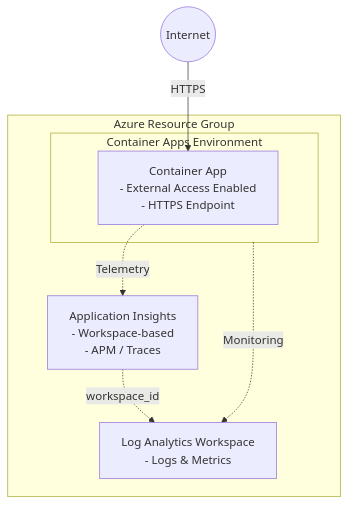
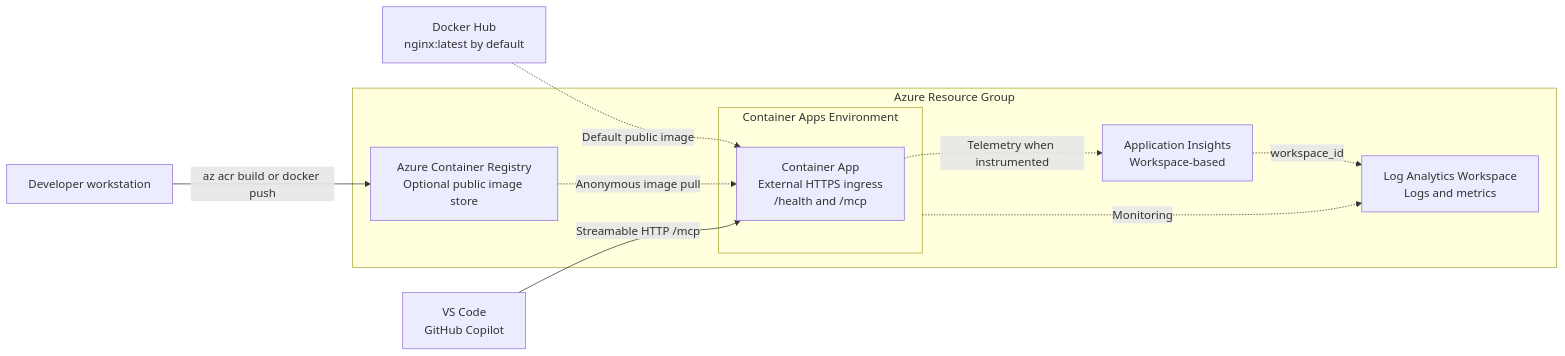
The diagram in infra/scenarios/azure_container_apps/README.md (ks6088ts/template-terraform), drawn with Mermaid before and after one commit. The commit also changed other lines of this file and 9 other files, not shown here.

First line of the commit message:
feat: Enhance Azure Container Apps scenario with public ACR support

````diff
--- a/infra/scenarios/azure_container_apps/README.md
+++ b/infra/scenarios/azure_container_apps/README.md
@@ -29,17 +45,23 @@
 ```mermaid
-flowchart TB
-    Internet((Internet))
+flowchart LR
+    Developer["Developer workstation"]
+    Copilot["VS Code<br/>GitHub Copilot"]
+    DockerHub["Docker Hub<br/>nginx:latest by default"]
 
     subgraph Azure["Azure Resource Group"]
+        ACR["Azure Container Registry<br/>Optional public image store"]
         subgraph CAE["Container Apps Environment"]
-            CA["Container App<br/>- External Access Enabled<br/>- HTTPS Endpoint"]
+            CA["Container App<br/>External HTTPS ingress<br/>/health and /mcp"]
         end
-        LAW["Log Analytics Workspace<br/>- Logs & Metrics"]
-        APPI["Application Insights<br/>- Workspace-based<br/>- APM / Traces"]
+        LAW["Log Analytics Workspace<br/>Logs and metrics"]
+        APPI["Application Insights<br/>Workspace-based"]
     end
 
-    Internet -->|HTTPS| CA
+    Developer -->|az acr build or docker push| ACR
+    DockerHub -.->|Default public image| CA
+    ACR -.->|Anonymous image pull| CA
+    Copilot -->|Streamable HTTP /mcp| CA
     CAE -.->|Monitoring| LAW
     APPI -.->|workspace_id| LAW
-    CA -.->|Telemetry| APPI
+    CA -.->|Telemetry when instrumented| APPI
 ```
````
